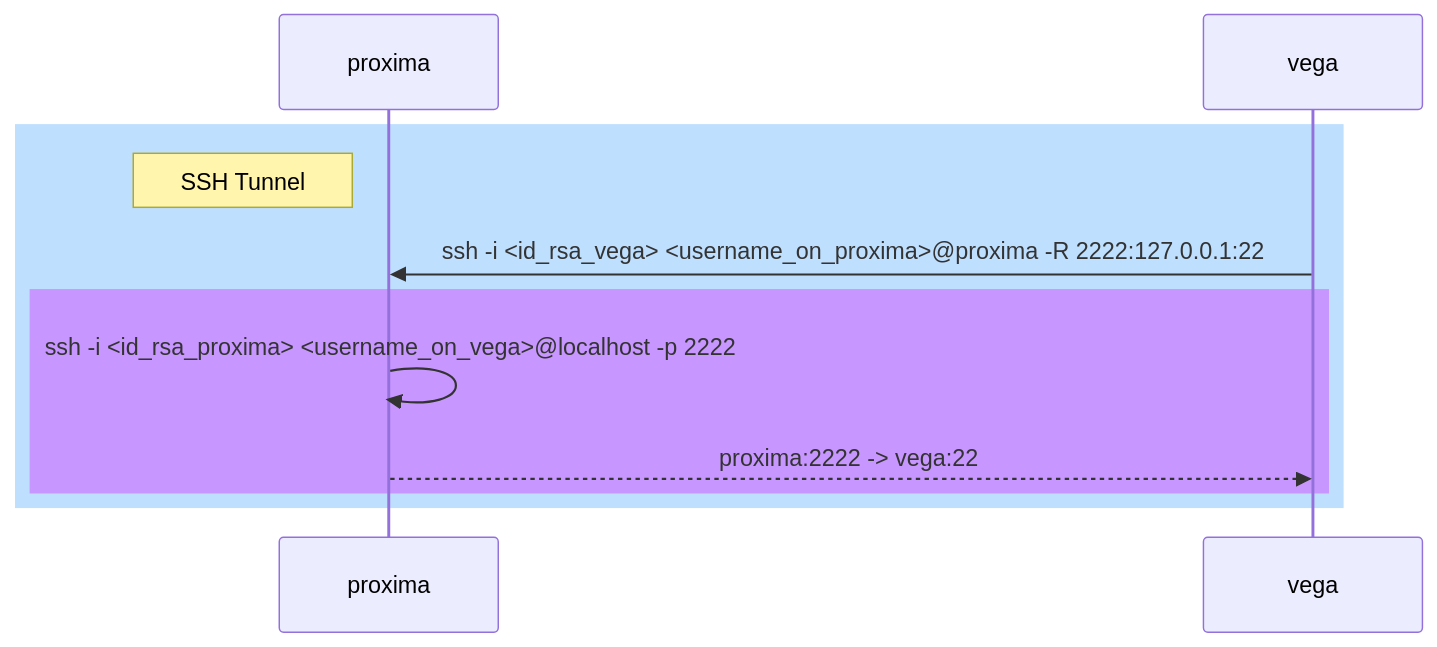
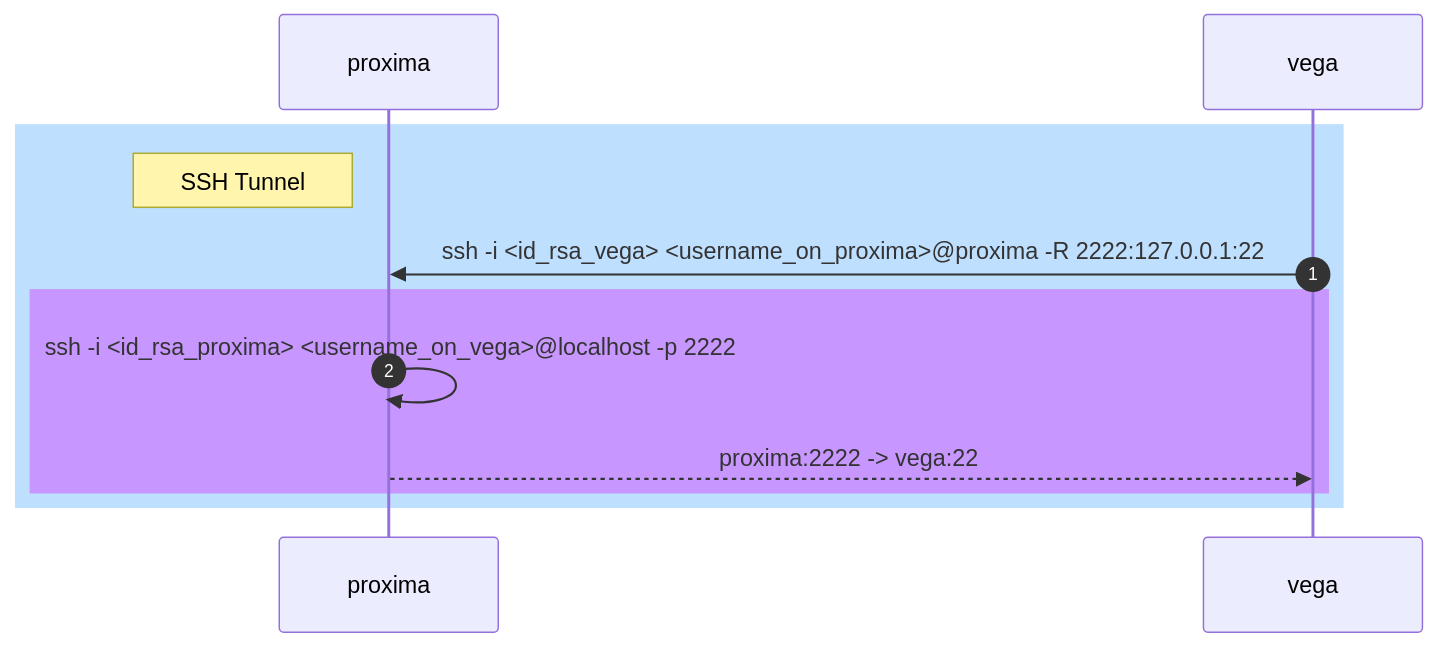
The diagram in Tactics/CommandAndControl/tunnels.md (okazymyrov/piki), drawn with Mermaid before and after one commit. The commit also changed other lines of this file, not shown here.

````diff
--- a/Tactics/CommandAndControl/tunnels.md
+++ b/Tactics/CommandAndControl/tunnels.md
@@ -32,14 +32,16 @@
 ```mermaid
 sequenceDiagram
     participant proxima
     participant vega
+    autonumber
     rect rgb(191, 223, 255)
     note left of proxima: SSH Tunnel       
         vega->>proxima: ssh -i <id_rsa_vega> <username_on_proxima>@proxima -R 2222:127.0.0.1:22 # Listen on port TCP 2222 on proxima/localhost
         rect rgb(200, 150, 255)
             proxima->>proxima: ssh -i <id_rsa_proxima> <username_on_vega>@localhost -p 2222
+            autonumber off
             proxima-->>vega: proxima:2222 -> vega:22
         end
         
     end
 ```
````
